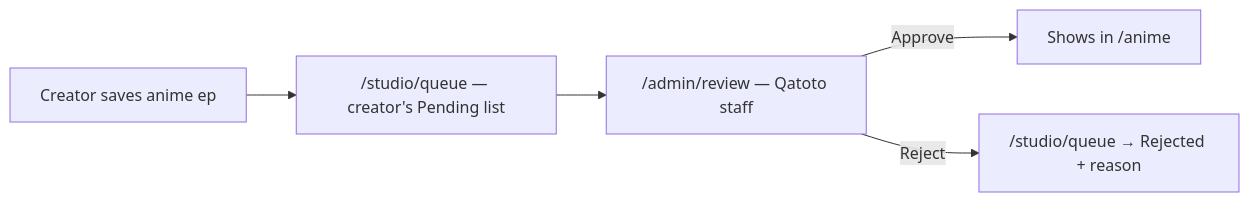
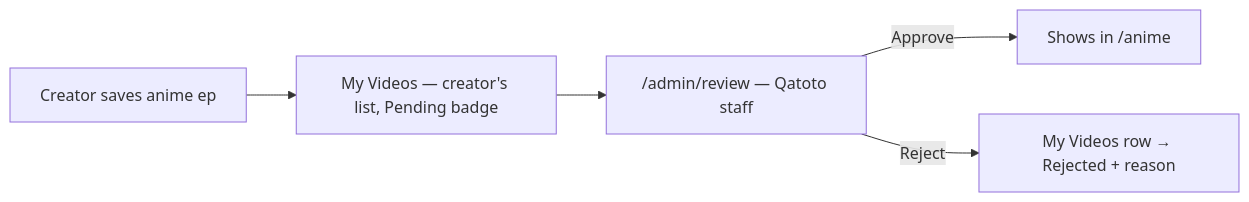
Before and after one commit to vidyesh95/qatoto-frontend: the ninth of 9 diagrams in UPLOAD_VIDEO_STRUCTURE.md, drawn with Mermaid. The commit also changed other lines of this file and 2 other files, not shown here.

````diff
--- a/UPLOAD_VIDEO_STRUCTURE.md
+++ b/UPLOAD_VIDEO_STRUCTURE.md
@@ -369,7 +393,7 @@
 ```mermaid
 flowchart LR
-    U[Creator saves anime ep] --> Q["/studio/queue — creator's Pending list"]
+    U[Creator saves anime ep] --> Q["My Videos — creator's list, Pending badge"]
     Q --> ADM["/admin/review — Qatoto staff"]
     ADM -->|Approve| PUB[Shows in /anime]
-    ADM -->|Reject| BACK["/studio/queue → Rejected + reason"]
+    ADM -->|Reject| BACK["My Videos row → Rejected + reason"]
 ```
````
